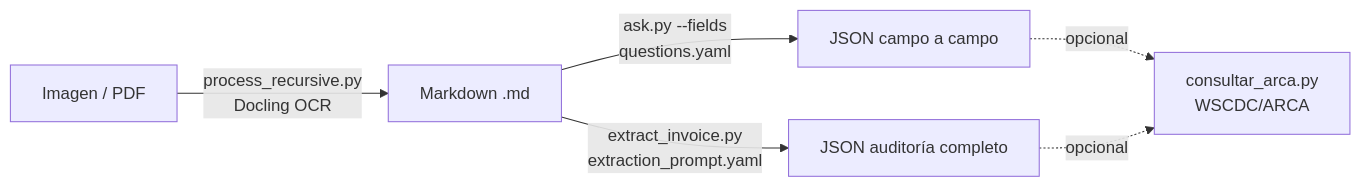
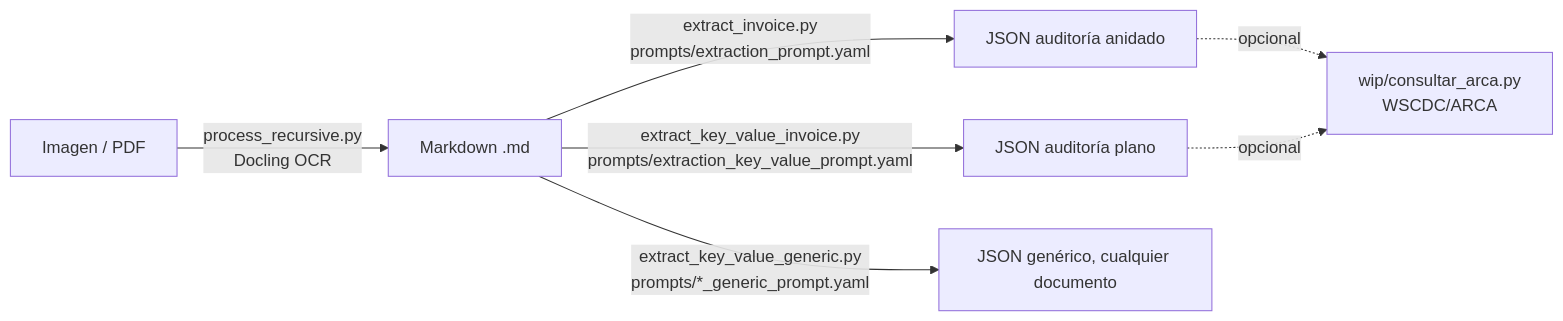
One commit to mariogarcia-ar/docling-ibm changed the diagram in README.md. Above: the diagram before and after it, drawn with Mermaid. The commit also changed other lines of this file and 5 other files, not shown here.

Commit message:
Refactor extraction scripts to utilize shared logic and improve prompt organization

````diff
--- a/README.md
+++ b/README.md
@@ -10,8 +10,9 @@
 ```mermaid
 flowchart LR
     A[Imagen / PDF] -->|process_recursive.py<br/>Docling OCR| B[Markdown .md]
-    B -->|ask.py --fields<br/>questions.yaml| C[JSON campo a campo]
-    B -->|extract_invoice.py<br/>extraction_prompt.yaml| D[JSON auditoría completo]
-    C -.opcional.-> E[consultar_arca.py<br/>WSCDC/ARCA]
-    D -.opcional.-> E
+    B -->|extract_invoice.py<br/>prompts/extraction_prompt.yaml| D[JSON auditoría anidado]
+    B -->|extract_key_value_invoice.py<br/>prompts/extraction_key_value_prompt.yaml| E2[JSON auditoría plano]
+    B -->|extract_key_value_generic.py<br/>prompts/*_generic_prompt.yaml| F[JSON genérico, cualquier documento]
+    D -.opcional.-> E[wip/consultar_arca.py<br/>WSCDC/ARCA]
+    E2 -.opcional.-> E
 ```
````
